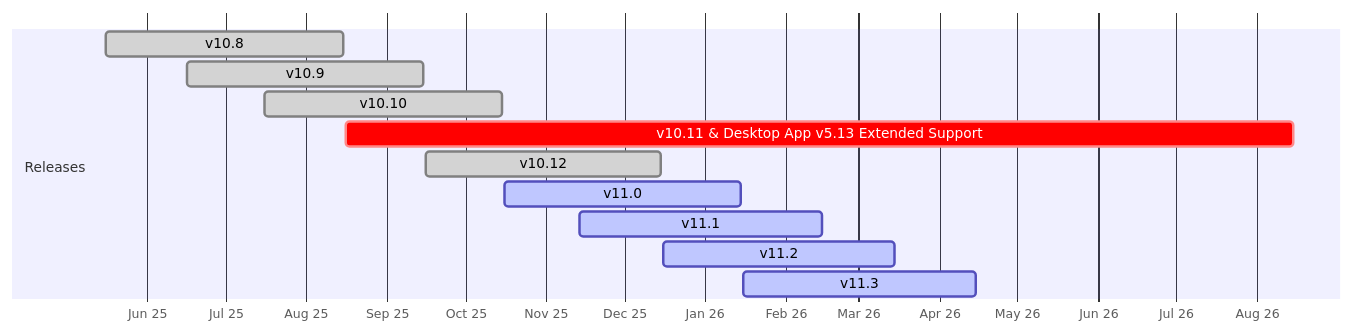
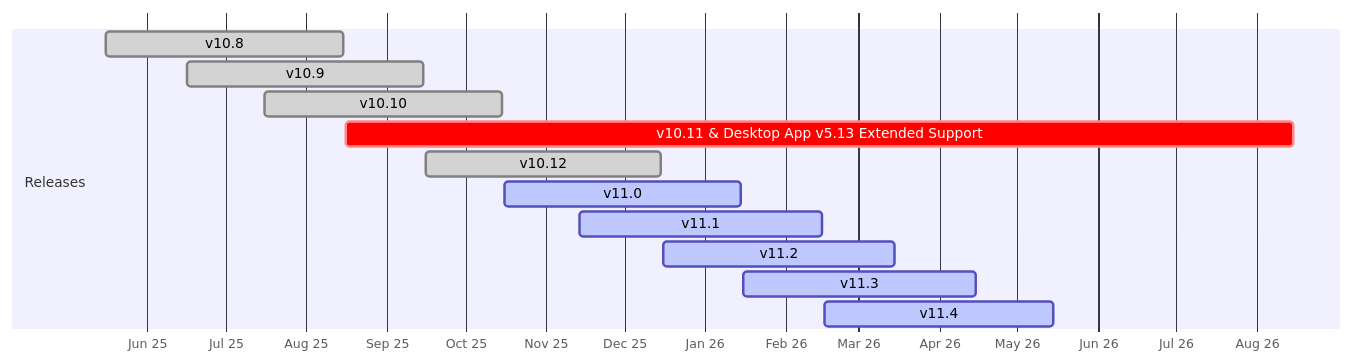
The diagram in source/product-overview/release-policy.md (mattermost/docs), drawn with Mermaid before and after one commit. The commit also changed 7 other files, not shown here.

````diff
--- a/source/product-overview/release-policy.md
+++ b/source/product-overview/release-policy.md
@@ -44,17 +44,18 @@
 ```{mermaid}
 
 gantt
     dateFormat  YYYY-MM-DD
     axisFormat  %b %y
 
     section Releases
     v10.8                  :done, 2025-05-16, 2025-08-15
     v10.9                  :done, 2025-06-16, 2025-09-15
     v10.10                 :done, 2025-07-16, 2025-10-15
     v10.11 & Desktop App v5.13 Extended Support :crit,    2025-08-16, 2026-08-15
     v10.12                 :done, 2025-09-16, 2025-12-15
     v11.0                  :active, 2025-10-16, 2026-01-15
     v11.1                  :active, 2025-11-14, 2026-02-15
     v11.2                  :active, 2025-12-16, 2026-03-15
     v11.3                  :active, 2026-01-16, 2026-04-15
+    v11.4                  :active, 2026-02-16, 2026-05-15
 ```
````
